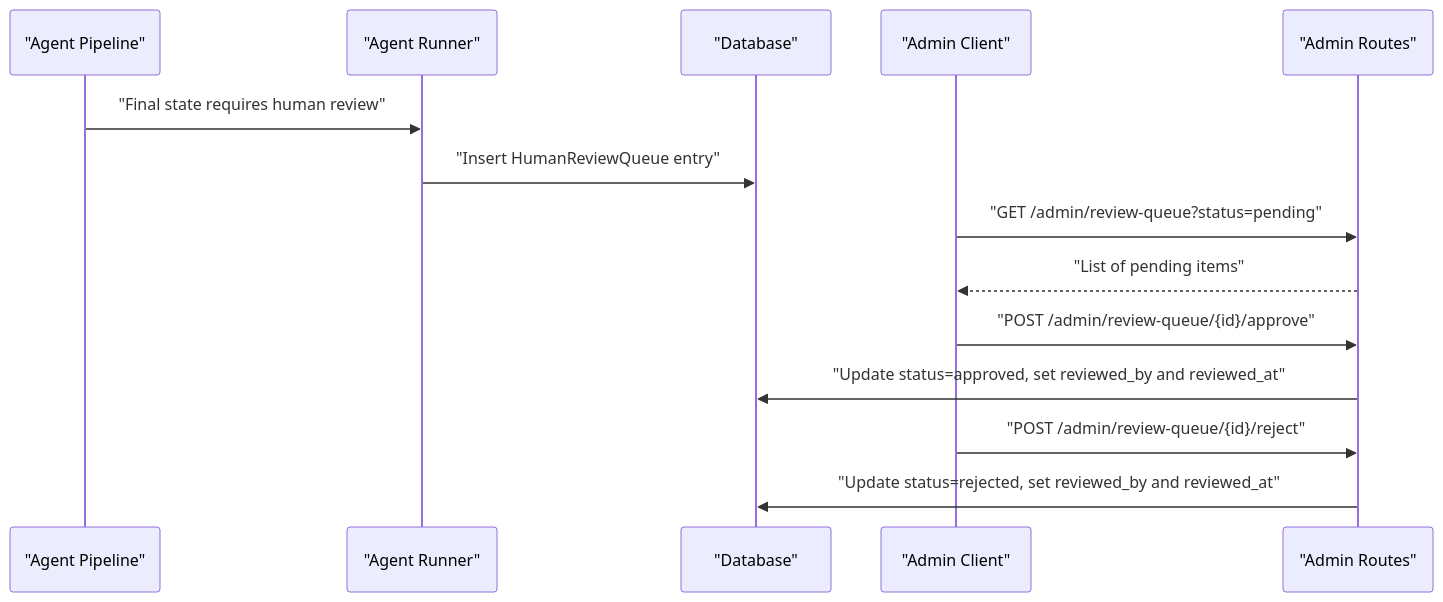
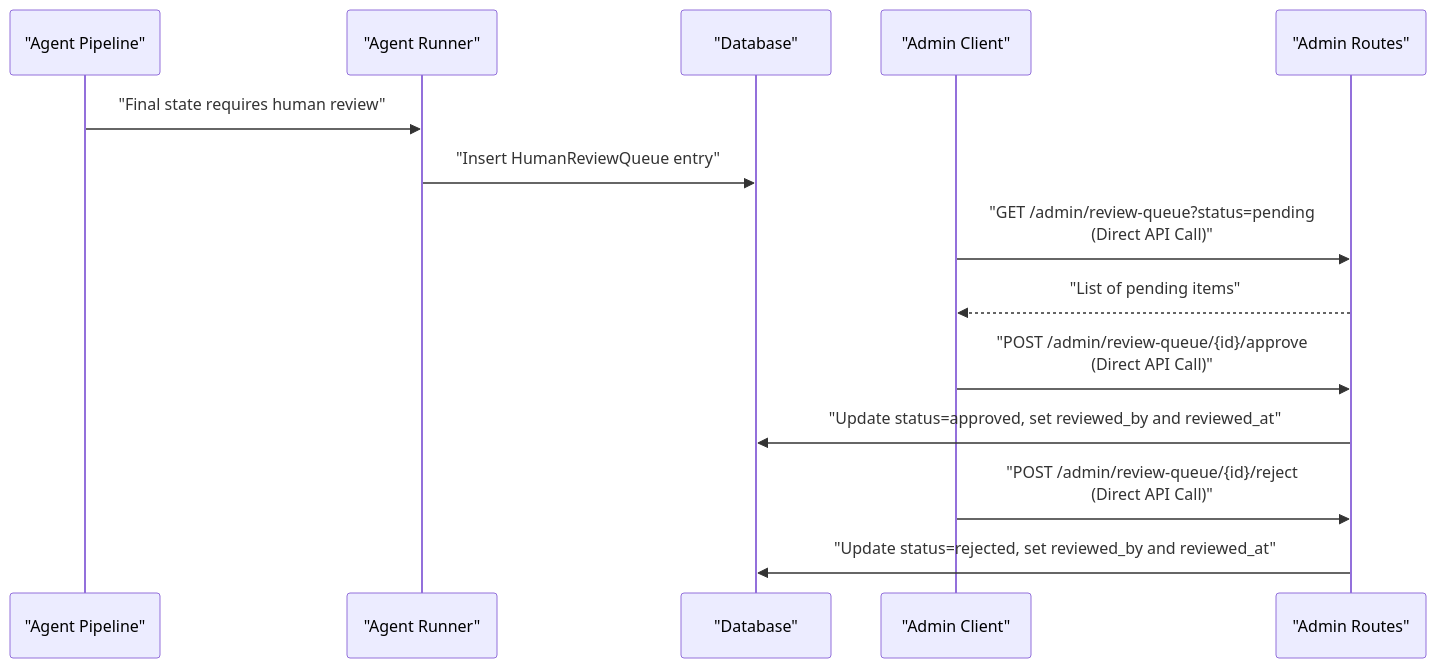
One commit to genes8/private-ai changed the second of 7 diagrams in .qoder/repowiki/en/content/API Reference/Administrative API/Human Review Queue API.md. Above: the diagram before and after it, drawn with Mermaid. The commit also changed other lines of this file and 12 other files, not shown here.

````diff
--- a/.qoder/repowiki/en/content/API Reference/Administrative API/Human Review Queue API.md
+++ b/.qoder/repowiki/en/content/API Reference/Administrative API/Human Review Queue API.md
@@ -103,16 +120,16 @@
 ```mermaid
 sequenceDiagram
 participant Agent as "Agent Pipeline"
 participant Runner as "Agent Runner"
 participant DB as "Database"
 participant Admin as "Admin Client"
 participant API as "Admin Routes"
 Agent->>Runner : "Final state requires human review"
 Runner->>DB : "Insert HumanReviewQueue entry"
-Admin->>API : "GET /admin/review-queue?status=pending"
+Admin->>API : "GET /admin/review-queue?status=pending<br/>(Direct API Call)"
 API-->>Admin : "List of pending items"
-Admin->>API : "POST /admin/review-queue/{id}/approve"
+Admin->>API : "POST /admin/review-queue/{id}/approve<br/>(Direct API Call)"
 API->>DB : "Update status=approved, set reviewed_by and reviewed_at"
-Admin->>API : "POST /admin/review-queue/{id}/reject"
+Admin->>API : "POST /admin/review-queue/{id}/reject<br/>(Direct API Call)"
 API->>DB : "Update status=rejected, set reviewed_by and reviewed_at"
 ```
````
